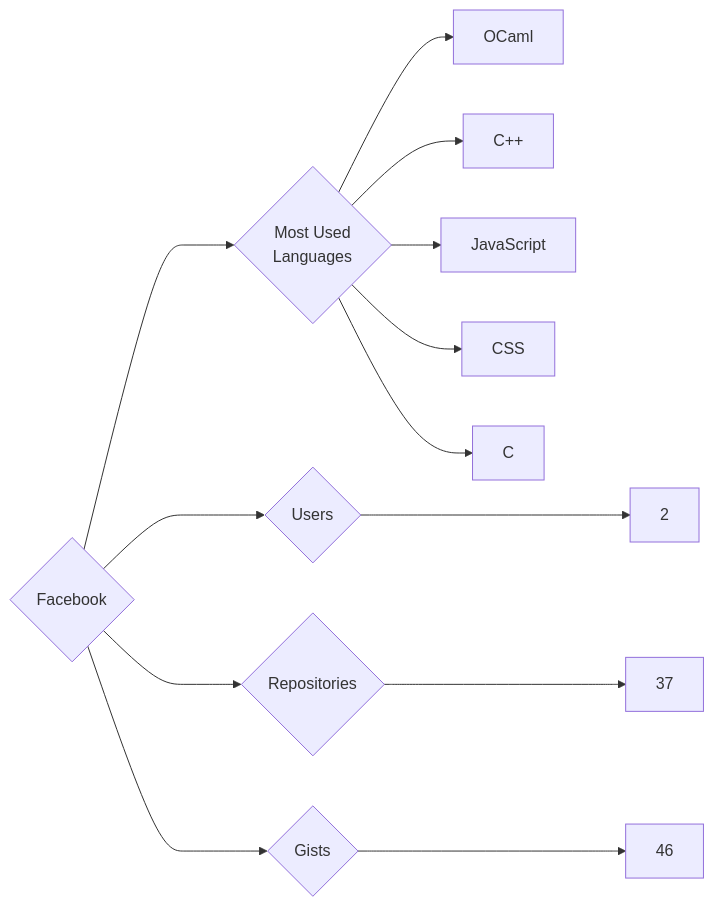
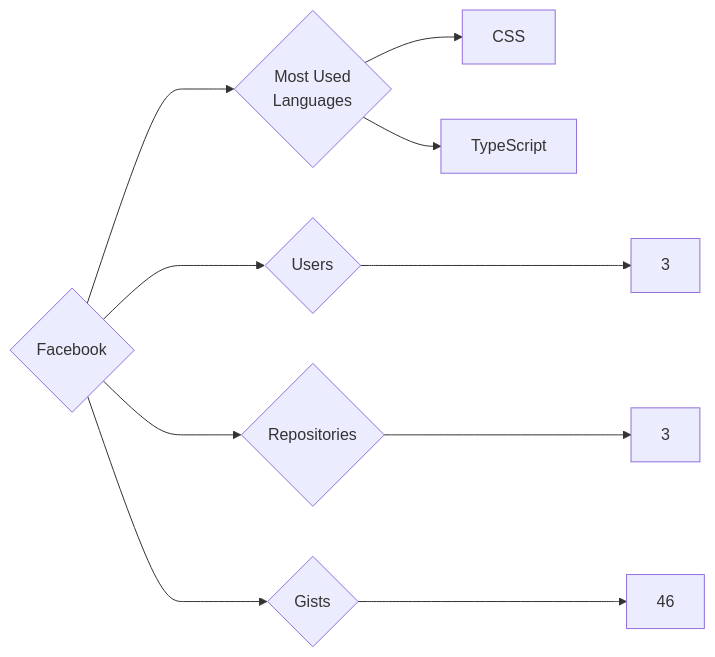
Before and after one commit to trickest/insiders: the diagram in targets/Facebook/README.md, drawn with Mermaid. The commit also changed 997 other files, not shown here.

````diff
--- a/targets/Facebook/README.md
+++ b/targets/Facebook/README.md
@@ -3,13 +3,10 @@
 ```mermaid
 graph LR
 COMPANY_NAME{Facebook}
-COMPANY_NAME ---> U{Users} ---> UN[2]
-COMPANY_NAME ---> R{Repositories} ---> RN[37]
+COMPANY_NAME ---> U{Users} ---> UN[3]
+COMPANY_NAME ---> R{Repositories} ---> RN[3]
 COMPANY_NAME ---> G{Gists} ---> GN[46]
 COMPANY_NAME ---> ML{Most Used<br>Languages}
-ML --> OCaml[OCaml]
-ML --> C++[C++]
-ML --> JavaScript[JavaScript]
 ML --> CSS[CSS]
-ML --> C[C]
+ML --> TypeScript[TypeScript]
 ```
````
